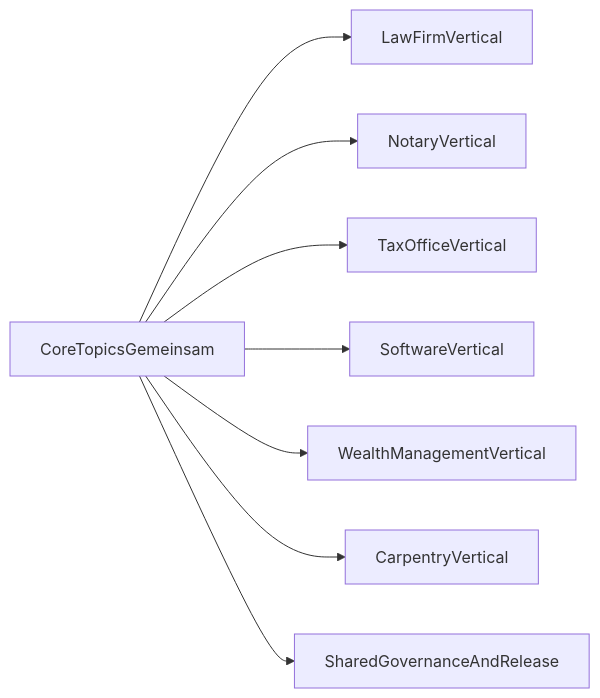
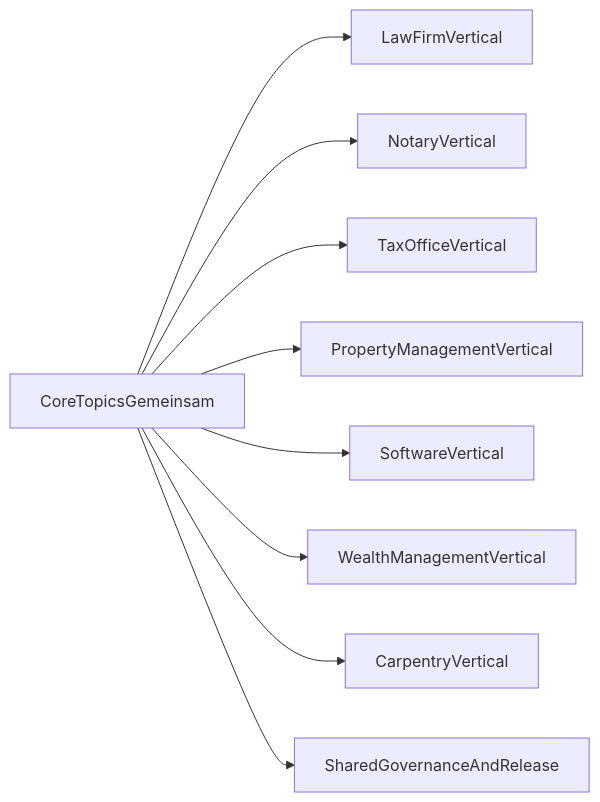
Before and after one commit to notariat8/NaC: the diagram in docs/service-business-core-vertical-blueprint.md, drawn with Mermaid. The commit also changed other lines of this file and 13 other files, not shown here.

Commit message:
Add property management use case: Introduce `property_management` as an additional MVP use case across various documentation and policy files, including onboarding prompts and process definitions, to enhance the repository's coverage of industry verticals.

````diff
--- a/docs/service-business-core-vertical-blueprint.md
+++ b/docs/service-business-core-vertical-blueprint.md
@@ -62,10 +64,11 @@
 ```mermaid
 flowchart LR
   coreTopics[CoreTopicsGemeinsam] --> lawFirmVertical[LawFirmVertical]
   coreTopics --> notaryVertical[NotaryVertical]
   coreTopics --> taxOfficeVertical[TaxOfficeVertical]
+  coreTopics --> propertyVertical[PropertyManagementVertical]
   coreTopics --> softwareVertical[SoftwareVertical]
   coreTopics --> wealthVertical[WealthManagementVertical]
   coreTopics --> carpentryVertical[CarpentryVertical]
   coreTopics --> governanceLayer[SharedGovernanceAndRelease]
 ```
````
